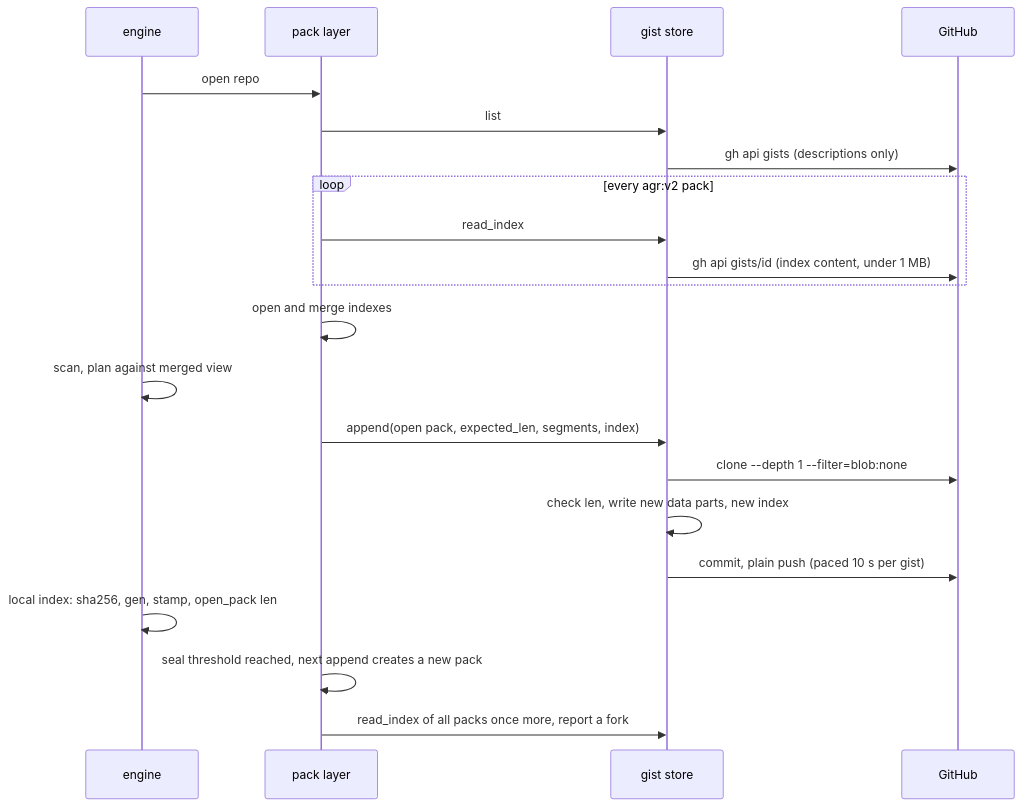
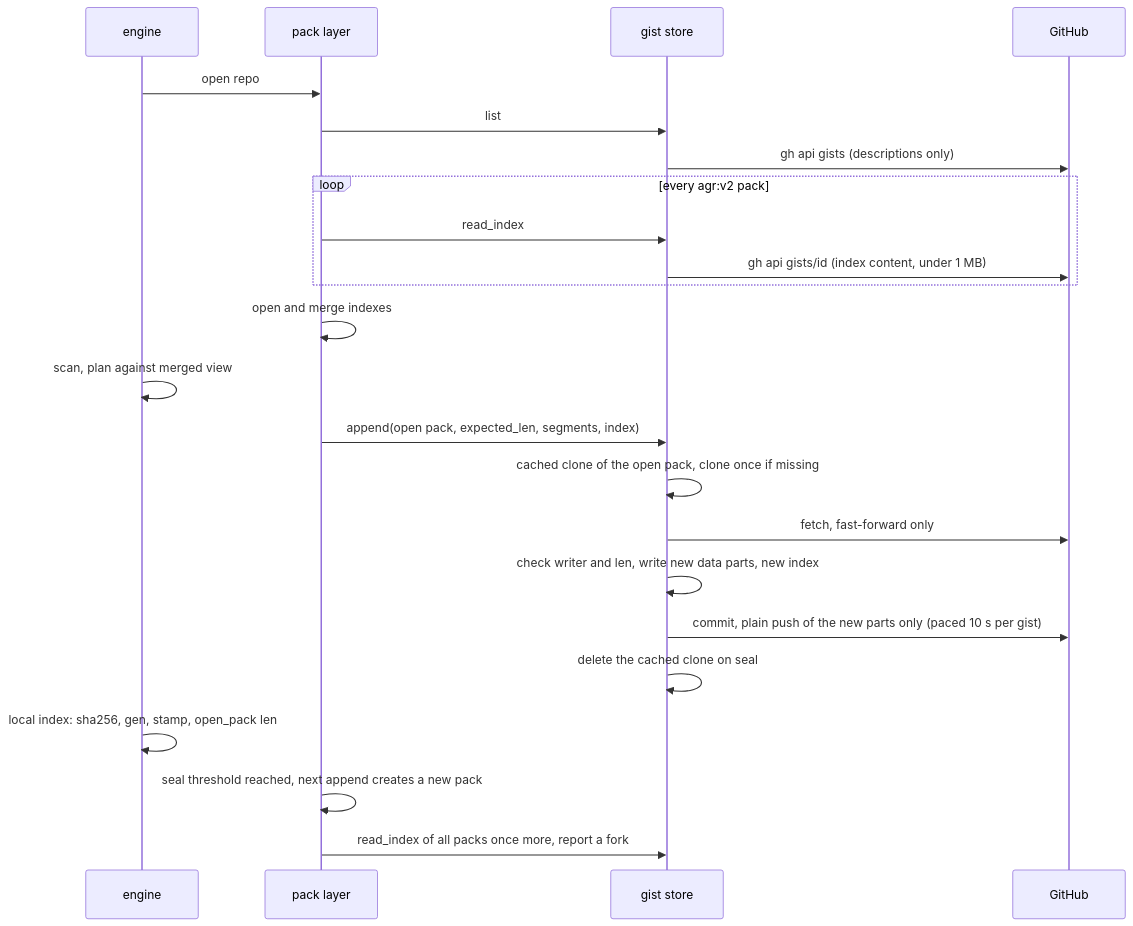
Before and after one commit to thiscantbeserious/agent-session-recorder: the ninth of 10 diagrams in .state/feature-sync-gist/ADR.md, drawn with Mermaid. The commit also changed other lines of this file and 1 other file, not shown here.

Commit message:
docs(docs): second probe recorded, pack appends use a cached clone of the own open pack

````diff
--- a/.state/feature-sync-gist/ADR.md
+++ b/.state/feature-sync-gist/ADR.md
@@ -1464,23 +1465,25 @@
 ```mermaid
 sequenceDiagram
     participant E as engine
     participant P as pack layer
     participant S as gist store
     participant G as GitHub
     E->>P: open repo
     P->>S: list
     S->>G: gh api gists (descriptions only)
     loop every agr:v2 pack
         P->>S: read_index
         S->>G: gh api gists/id (index content, under 1 MB)
     end
     P->>P: open and merge indexes
     E->>E: scan, plan against merged view
     P->>S: append(open pack, expected_len, segments, index)
-    S->>G: clone --depth 1 --filter=blob:none
-    S->>S: check len, write new data parts, new index
-    S->>G: commit, plain push (paced 10 s per gist)
+    S->>S: cached clone of the open pack, clone once if missing
+    S->>G: fetch, fast-forward only
+    S->>S: check writer and len, write new data parts, new index
+    S->>G: commit, plain push of the new parts only (paced 10 s per gist)
+    S->>S: delete the cached clone on seal
     E->>E: local index: sha256, gen, stamp, open_pack len
     P->>P: seal threshold reached, next append creates a new pack
     P->>S: read_index of all packs once more, report a fork
 ```
````
